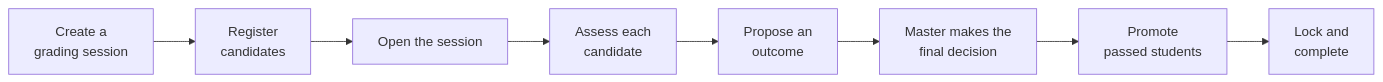
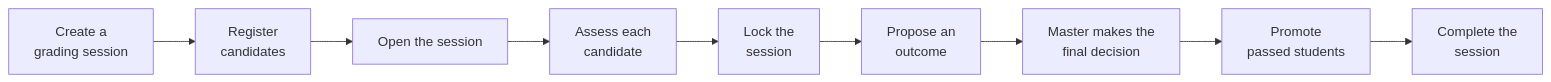
Before and after one commit to TheRedTower/KukGrade: the diagram in docs/features.md, drawn with Mermaid. The commit also changed other lines of this file and 24 other files, not shown here.

````diff
--- a/docs/features.md
+++ b/docs/features.md
@@ -9,10 +9,11 @@
 ```mermaid
 flowchart LR
     A[Create a<br/>grading session] --> B[Register<br/>candidates]
     B --> C[Open the session]
     C --> D[Assess each<br/>candidate]
-    D --> E[Propose an<br/>outcome]
-    E --> F[Master makes the<br/>final decision]
-    F --> G[Promote<br/>passed students]
-    G --> H[Lock and<br/>complete]
+    D --> E[Lock the<br/>session]
+    E --> F[Propose an<br/>outcome]
+    F --> G[Master makes the<br/>final decision]
+    G --> H[Promote<br/>passed students]
+    H --> I[Complete the<br/>session]
 ```
````
